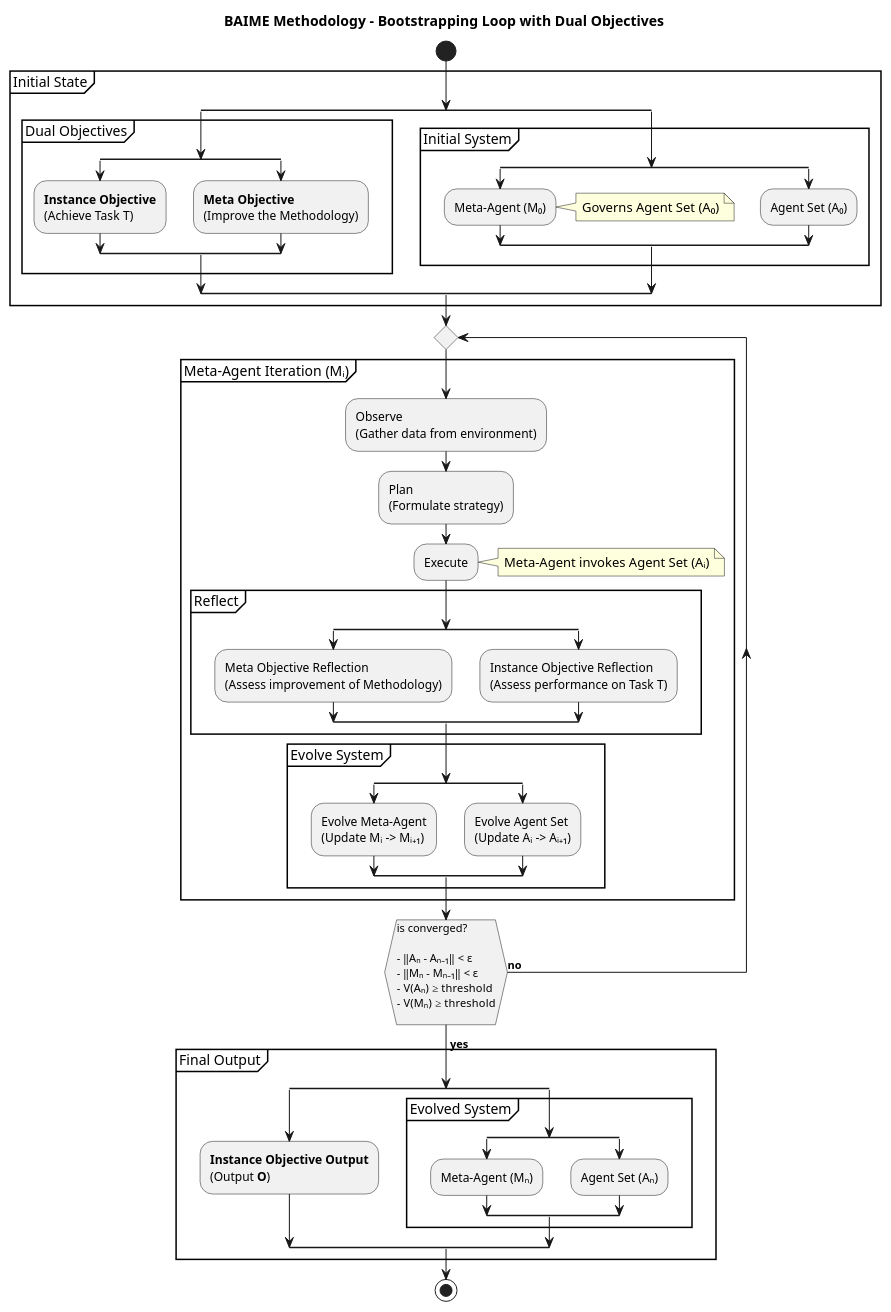
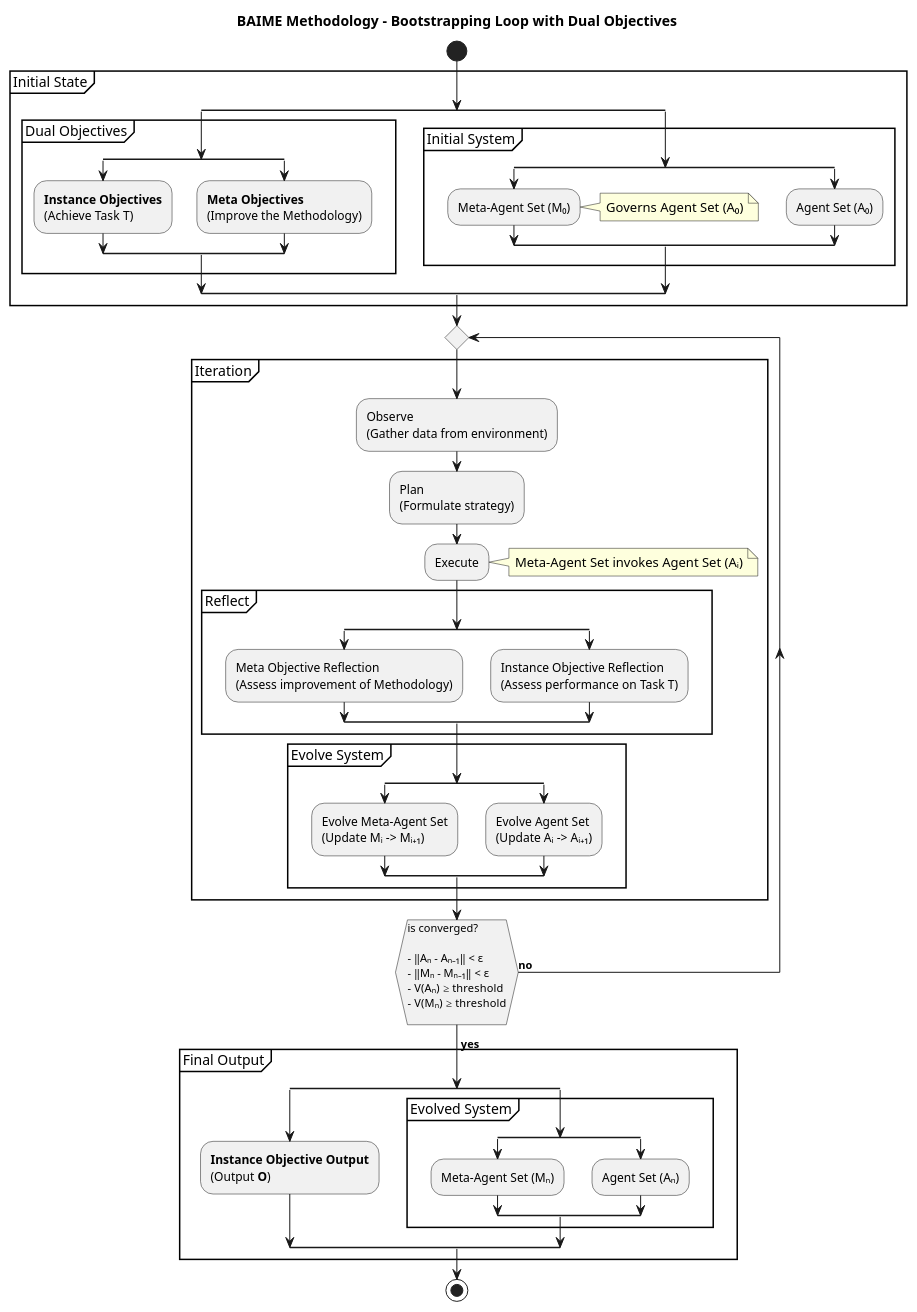
One commit to yaleh/meta-cc changed the diagram in docs/methodology/baime_methodology_diagram.puml. Above: the diagram before and after it, drawn with PlantUML.

Commit message:
docs(methodology): refine BAIME diagram terminology
Updated the BAIME methodology diagram to use consistent, plural terminology and clearer naming:
- Changed **Instance Objective** → **Instance Objectives** and **Meta Objective** → **Meta Objectives**.
- Renamed “Meta-Agent (M₀)” and subsequent references to “Meta-Agent Set” to reflect that it is a collection.
- Simplified the iteration partition title from “Meta-Agent Iteration (Mᵢ)” to “Iteration”.
- Updated notes and evolution steps to reference the Meta-Agent Set accordingly.
These changes improve diagram readability and accurately describe the system components.

```diff
--- a/docs/methodology/baime_methodology_diagram.puml
+++ b/docs/methodology/baime_methodology_diagram.puml
@@ -1,87 +1,87 @@
 @startuml
 title BAIME Methodology - Bootstrapping Loop with Dual Objectives
 
 start
 
 partition "Initial State" {
     split
         partition "Dual Objectives" {
             split
-                :**Instance Objective**
+                :**Instance Objectives**
                 (Achieve Task T);
             split again
-                :**Meta Objective**
+                :**Meta Objectives**
                 (Improve the Methodology);
             end split
         }
     split again
         partition "Initial System" {
             split
-                :Meta-Agent (M₀);
+                :Meta-Agent Set (M₀);
                 note right: Governs Agent Set (A₀)
             split again
                 :Agent Set (A₀);
             end split
         }
     end split
 }
 
 repeat
-    partition "Meta-Agent Iteration (Mᵢ)" {
+    partition "Iteration" {
         :Observe
         (Gather data from environment);
 
         :Plan
         (Formulate strategy);
 
         :Execute;
-        note right: Meta-Agent invokes Agent Set (Aᵢ)
+        note right: Meta-Agent Set invokes Agent Set (Aᵢ)
 
         partition "Reflect" {
             split
                 :Meta Objective Reflection
                 (Assess improvement of Methodology);
             split again
                 :Instance Objective Reflection
                 (Assess performance on Task T);
             end split
         }
 
         partition "Evolve System" {
             split
-                :Evolve Meta-Agent
+                :Evolve Meta-Agent Set
                 (Update Mᵢ -> Mᵢ₊₁);
             split again
                 :Evolve Agent Set
                 (Update Aᵢ -> Aᵢ₊₁);
             end split
         }
     }
 repeat while (is converged?
 
       - ‖Aₙ - Aₙ₋₁‖ < ε
       - ‖Mₙ - Mₙ₋₁‖ < ε
       - V(Aₙ) ≥ threshold
       - V(Mₙ) ≥ threshold
 ) is (**no**
 )
 -> **yes**;
 
 partition "Final Output" {
     split
         :**Instance Objective Output**
         (Output **O**);
     split again
         partition "Evolved System" {
             split
-                :Meta-Agent (Mₙ);
+                :Meta-Agent Set (Mₙ);
             split again
                 :Agent Set (Aₙ);
             end split
         }
     end split
 }
 
 stop
 
 @enduml
```
